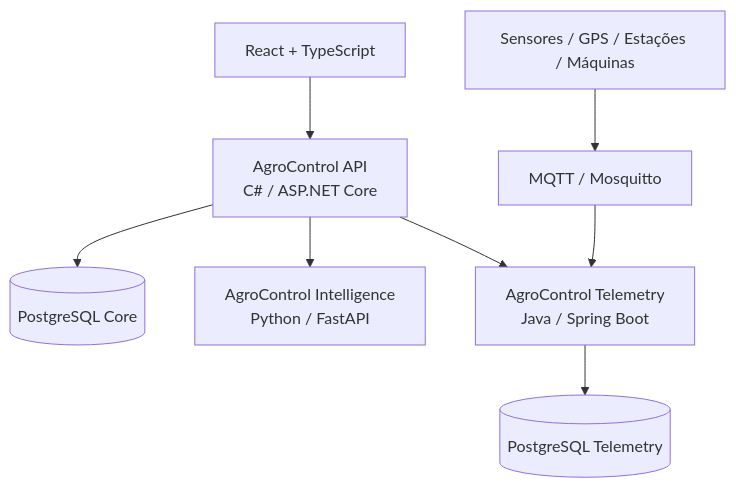
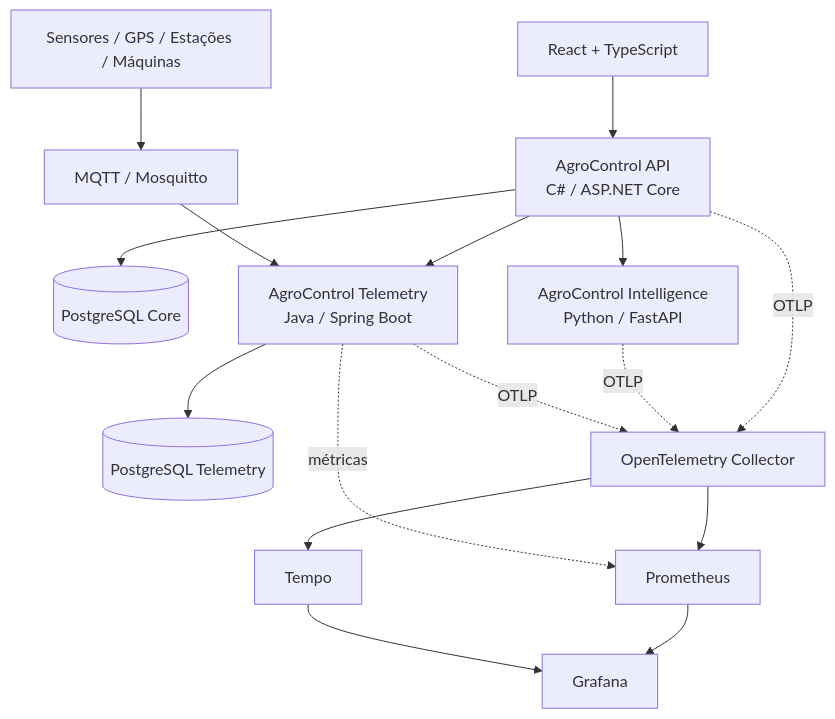
Before and after one commit to M4rc3low/AgroControl: the diagram in README.md, drawn with Mermaid. The commit also changed other lines of this file, not shown here.

Commit message:
docs: update README for Sprint 8 platform architecture

````diff
--- a/README.md
+++ b/README.md
@@ -42,10 +42,19 @@
 ```mermaid
 flowchart TB
     UI[React + TypeScript] --> API[AgroControl API\nC# / ASP.NET Core]
     API --> DB[(PostgreSQL Core)]
     API --> AI[AgroControl Intelligence\nPython / FastAPI]
     API --> TEL[AgroControl Telemetry\nJava / Spring Boot]
     TEL --> TDB[(PostgreSQL Telemetry)]
     SENSORS[Sensores / GPS / Estações / Máquinas] --> MQTT[MQTT / Mosquitto]
     MQTT --> TEL
+
+    API -. OTLP .-> OTEL[OpenTelemetry Collector]
+    AI -. OTLP .-> OTEL
+    TEL -. OTLP .-> OTEL
+    OTEL --> TEMPO[Tempo]
+    OTEL --> PROM[Prometheus]
+    TEL -. métricas .-> PROM
+    PROM --> GRAFANA[Grafana]
+    TEMPO --> GRAFANA
 ```
````
